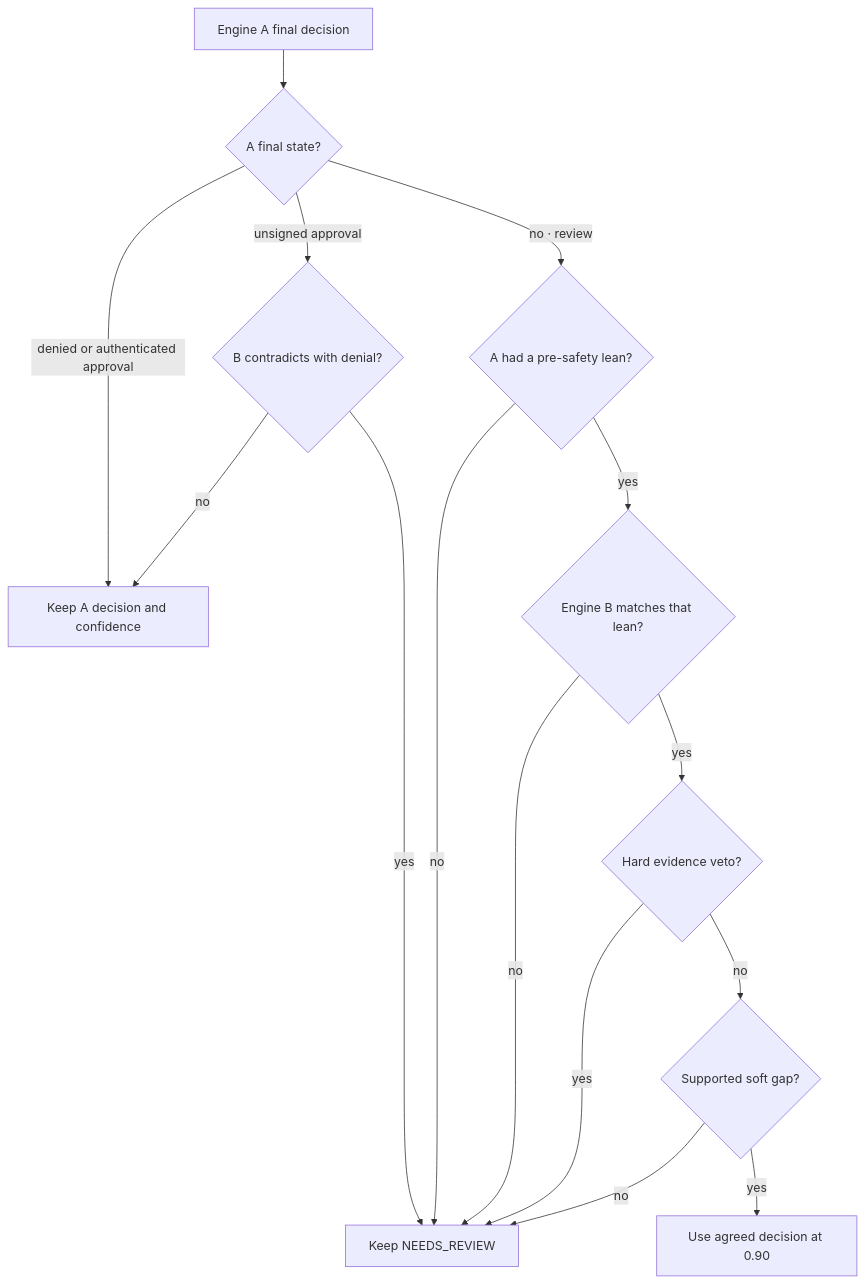
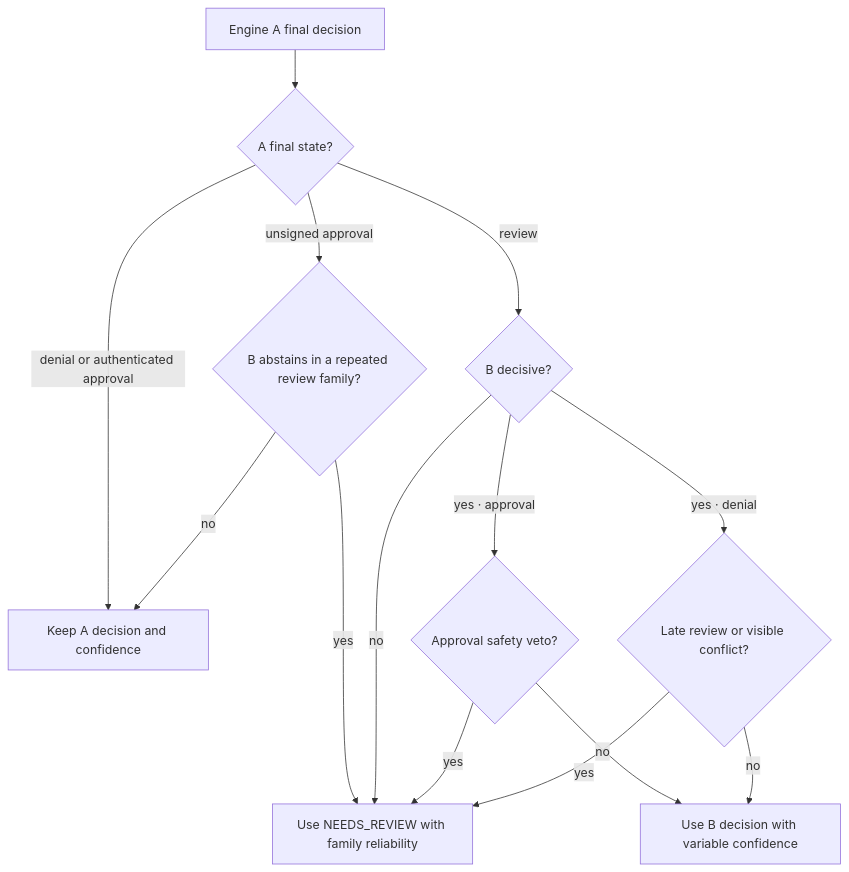
The diagram in README.md (midasavocado/mib-doc-challenge-solution), drawn with Mermaid before and after one commit. The commit also changed other lines of this file and 5 other files, not shown here.

````diff
--- a/README.md
+++ b/README.md
@@ -70,17 +72,16 @@
 ```mermaid
 flowchart TD
     A["Engine A final decision"] --> D{"A final state?"}
-    D -->|denied or authenticated approval| KEEP["Keep A decision and confidence"]
-    D -->|unsigned approval| C{"B contradicts with denial?"}
-    C -->|yes| REVIEW
-    C -->|no| KEEP
-    D -->|no · review| L{"A had a pre-safety lean?"}
-    L -->|no| REVIEW["Keep NEEDS_REVIEW"]
-    L -->|yes| B{"Engine B matches that lean?"}
+    D -->|denial or authenticated approval| KEEP["Keep A decision and confidence"]
+    D -->|unsigned approval| M{"B abstains in a repeated review family?"}
+    M -->|yes| REVIEW["Use NEEDS_REVIEW with family reliability"]
+    M -->|no| KEEP
+    D -->|review| B{"B decisive?"}
     B -->|no| REVIEW
-    B -->|yes| V{"Hard evidence veto?"}
+    B -->|yes · approval| V{"Approval safety veto?"}
+    B -->|yes · denial| W{"Late review or visible conflict?"}
     V -->|yes| REVIEW
-    V -->|no| S{"Supported soft gap?"}
-    S -->|no| REVIEW
-    S -->|yes| BRIDGE["Use agreed decision at 0.90"]
+    V -->|no| BRIDGE["Use B decision with variable confidence"]
+    W -->|yes| REVIEW
+    W -->|no| BRIDGE
 ```
````
